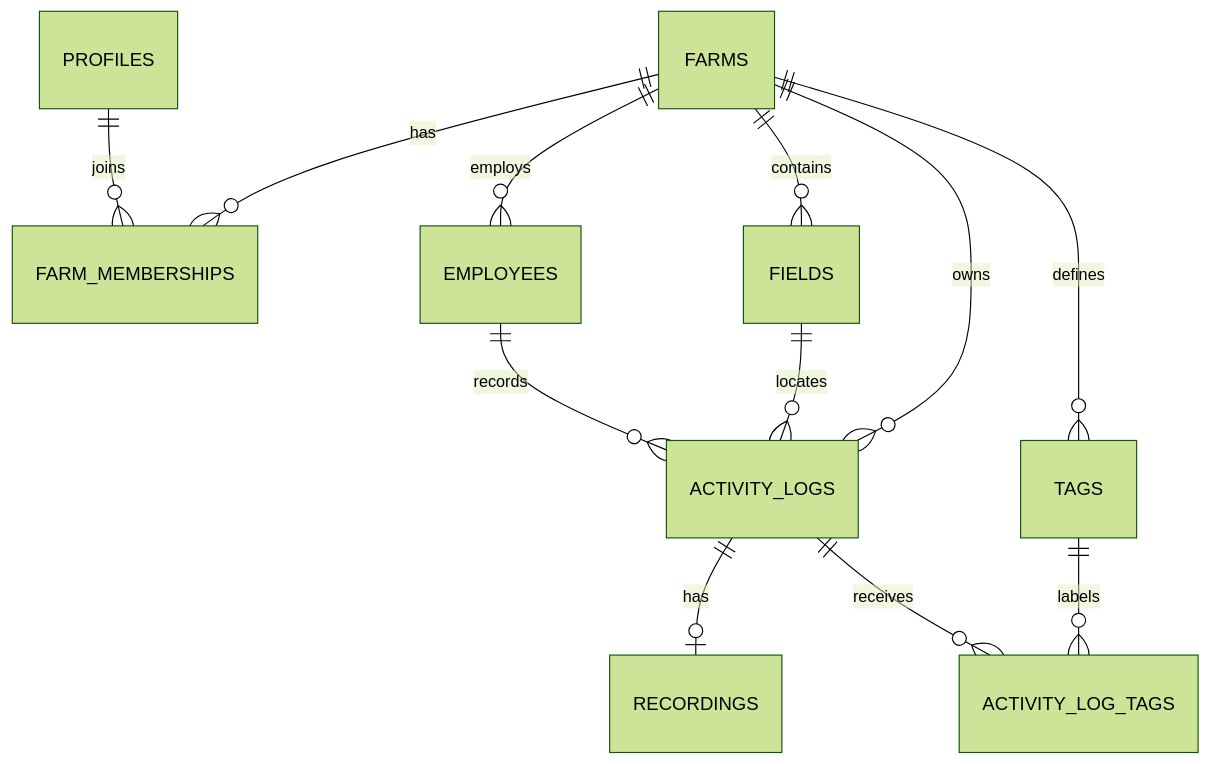
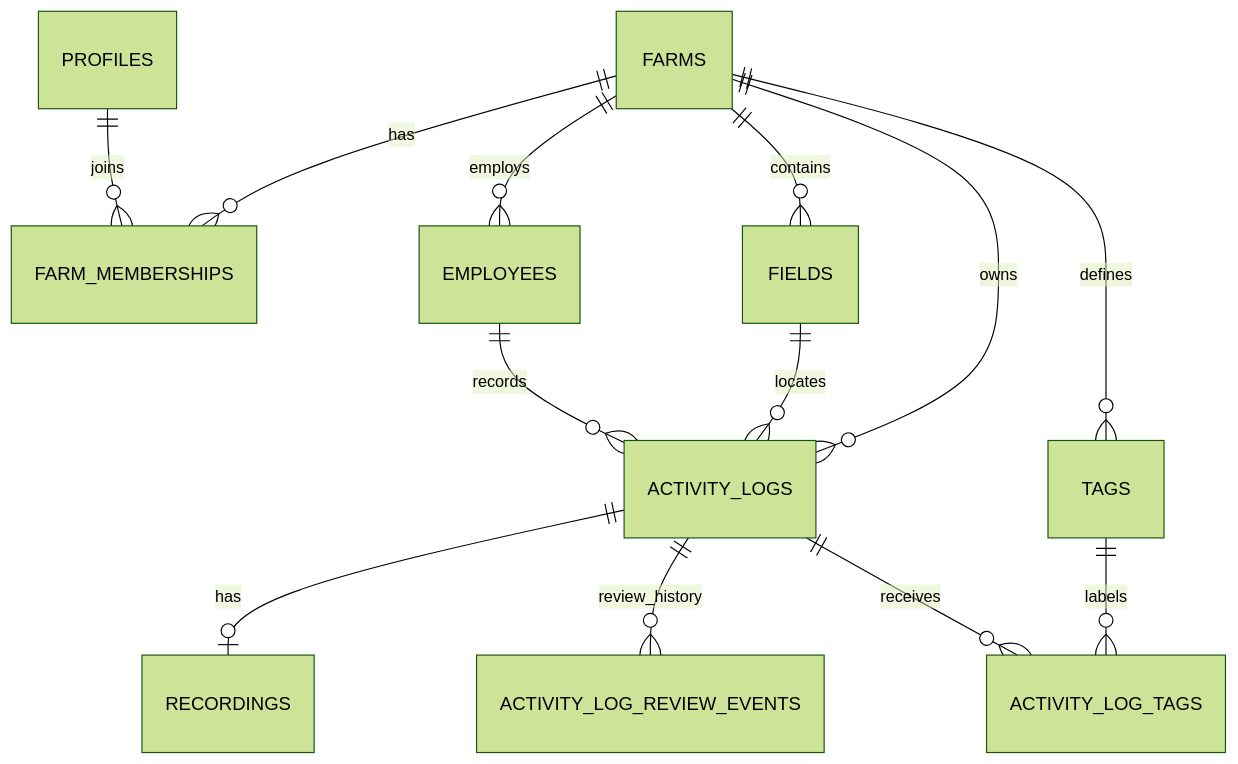
One commit to CouldNot/lavalab-dev-challenge-2026 changed the second of 2 diagrams in docs/ARCHITECTURE.md. Above: the diagram before and after it, drawn with Mermaid (forest theme). The commit also changed other lines of this file and 19 other files, not shown here.

````diff
--- a/docs/ARCHITECTURE.md
+++ b/docs/ARCHITECTURE.md
@@ -19,14 +19,15 @@
 ```mermaid
 erDiagram
   FARMS ||--o{ FARM_MEMBERSHIPS : has
   PROFILES ||--o{ FARM_MEMBERSHIPS : joins
   FARMS ||--o{ EMPLOYEES : employs
   FARMS ||--o{ FIELDS : contains
   FARMS ||--o{ ACTIVITY_LOGS : owns
   EMPLOYEES ||--o{ ACTIVITY_LOGS : records
   FIELDS ||--o{ ACTIVITY_LOGS : locates
   ACTIVITY_LOGS ||--o| RECORDINGS : has
+  ACTIVITY_LOGS ||--o{ ACTIVITY_LOG_REVIEW_EVENTS : review_history
   FARMS ||--o{ TAGS : defines
   ACTIVITY_LOGS ||--o{ ACTIVITY_LOG_TAGS : receives
   TAGS ||--o{ ACTIVITY_LOG_TAGS : labels
 ```
````
